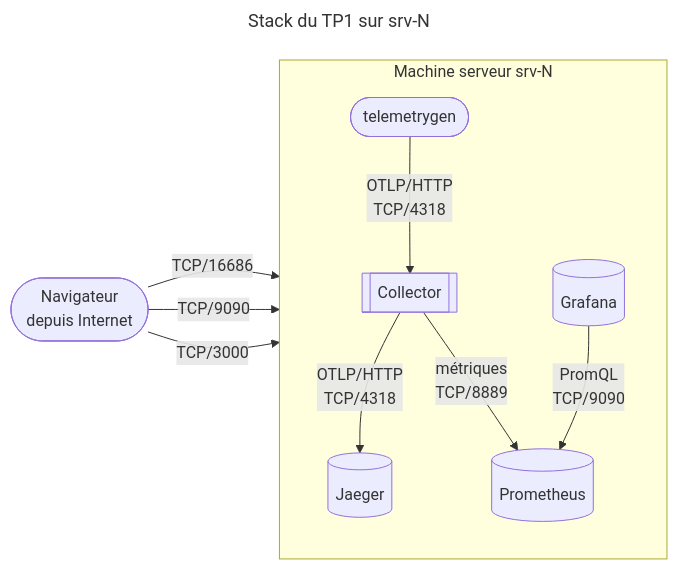
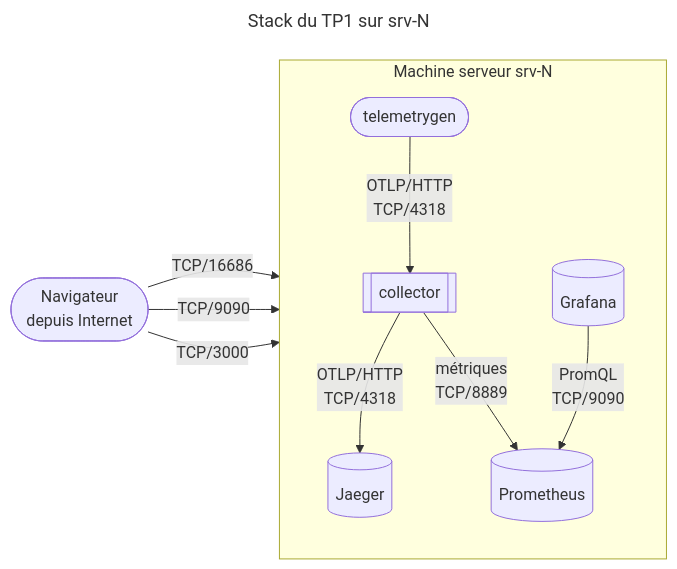
Before and after one commit to pragmatic-fermat/opentelemetry-labs: the first of 4 diagrams in Lab_TP01_Socle.md, drawn with Mermaid. The commit also changed other lines of this file and 1 other file, not shown here.

Commit message:
TP1 : collector en minuscule, y compris dans le titre

````diff
--- a/Lab_TP01_Socle.md
+++ b/Lab_TP01_Socle.md
@@ -98,24 +98,24 @@
 ```mermaid
 ---
 title: Stack du TP1 sur srv-N
 ---
 flowchart LR
   B([Navigateur<br/>depuis Internet])
 
   subgraph S["Machine serveur srv-N"]
     direction TB
     J[(Jaeger)]
     P[(Prometheus)]
     G[(Grafana)]
-    O[[Collector]]
+    O[[collector]]
     T([telemetrygen])
     O -->|OTLP/HTTP<br/>TCP/4318| J
     O -->|métriques<br/>TCP/8889| P
     G -->|PromQL<br/>TCP/9090| P
     T -->|OTLP/HTTP<br/>TCP/4318| O
   end
 
   B -->|TCP/16686| J
   B -->|TCP/9090| P
   B -->|TCP/3000| G
 ```
````
